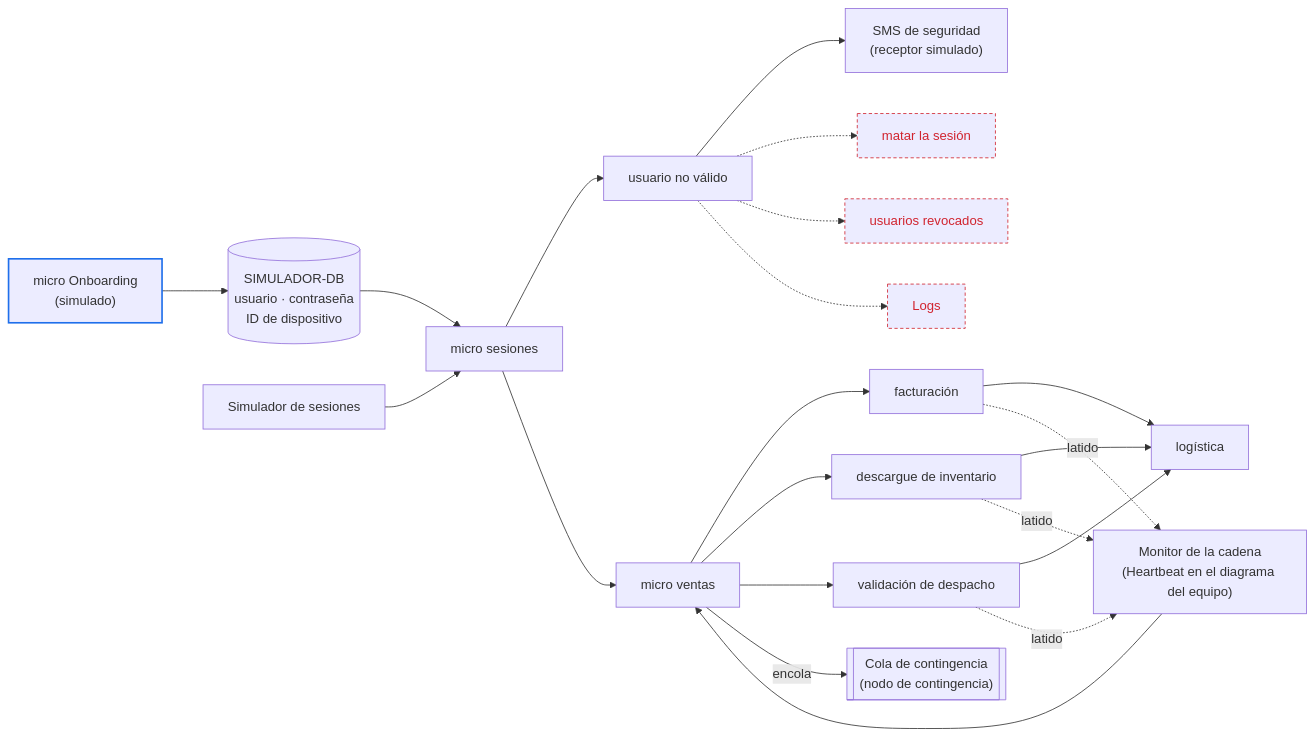
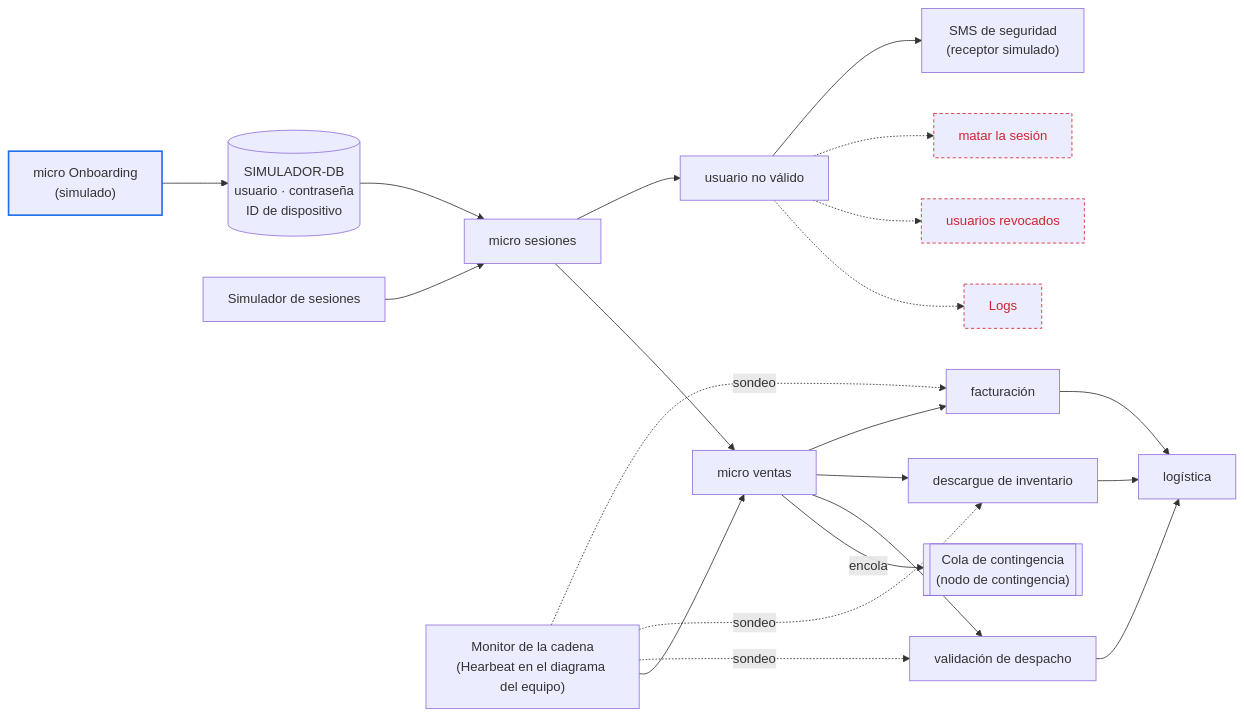
The diagram in docs/experiments.md (MATI-MBIT/arqsoft-reto-2), drawn with Mermaid before and after one commit. The commit also changed other lines of this file and 1 other file, not shown here.

First line of the commit message:
Reemplaza el heartbeat por el sondeo del Monitor de la cadena en H2

````diff
--- a/docs/experiments.md
+++ b/docs/experiments.md
@@ -160,27 +160,27 @@
 ```mermaid
 flowchart LR
     ONB["micro Onboarding<br/>(simulado)"] --> DB[("SIMULADOR-DB<br/>usuario · contraseña<br/>ID de dispositivo")]
     SIM["Simulador de sesiones"] --> SES["micro sesiones"]
     DB --> SES
     SES --> UNV["usuario no válido"]
     UNV --> SMS["SMS de seguridad<br/>(receptor simulado)"]
     SES --> VEN["micro ventas"]
     VEN --> FAC["facturación"]
     VEN --> INV["descargue de inventario"]
     VEN --> DES["validación de despacho"]
     FAC --> LOG["logística"]
     INV --> LOG
     DES --> LOG
-    FAC -. latido .-> HB["Monitor de la cadena<br/>(Heartbeat en el diagrama del equipo)"]
-    INV -. latido .-> HB
-    DES -. latido .-> HB
+    HB["Monitor de la cadena<br/>(Hearbeat en el diagrama del equipo)"] -. sondeo .-> FAC
+    HB -. sondeo .-> INV
+    HB -. sondeo .-> DES
     HB --> VEN
     VEN -- encola --> NC[["Cola de contingencia<br/>(nodo de contingencia)"]]
     UNV -.-> KILL["matar la sesión"]
     UNV -.-> REV["usuarios revocados"]
     UNV -.-> LOGS["Logs"]
     classDef simulado stroke:#1f6feb,stroke-width:2px
     classDef fuera stroke:#d1242f,stroke-dasharray:4 3,color:#d1242f
     class ONB simulado
     class KILL,REV,LOGS fuera
 ```
````
